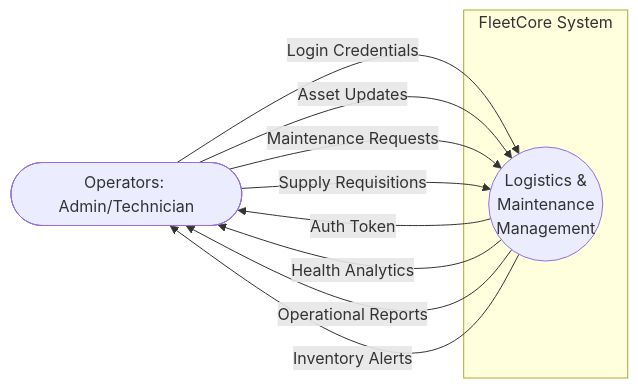
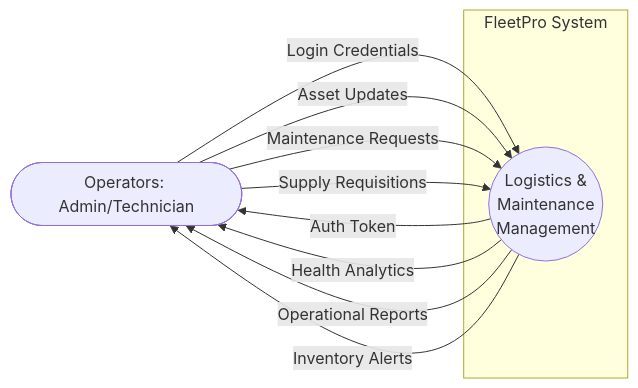
Before and after one commit to 4xrhd/logistic-maitainance-: the first of 2 diagrams in documentation/DFD.md, drawn with Mermaid. The commit also changed other lines of this file and 14 other files, not shown here.

````diff
--- a/documentation/DFD.md
+++ b/documentation/DFD.md
@@ -11,18 +11,18 @@
 ```mermaid
 graph LR
     User([Operators: Admin/Technician])
     
-    subgraph System ["FleetCore System"]
+    subgraph System ["FleetPro System"]
         Process((Logistics & <br/>Maintenance <br/>Management))
     end
     
     User -- "Login Credentials" --> Process
     User -- "Asset Updates" --> Process
     User -- "Maintenance Requests" --> Process
     User -- "Supply Requisitions" --> Process
     
     Process -- "Auth Token" --> User
     Process -- "Health Analytics" --> User
     Process -- "Operational Reports" --> User
     Process -- "Inventory Alerts" --> User
 ```
````
